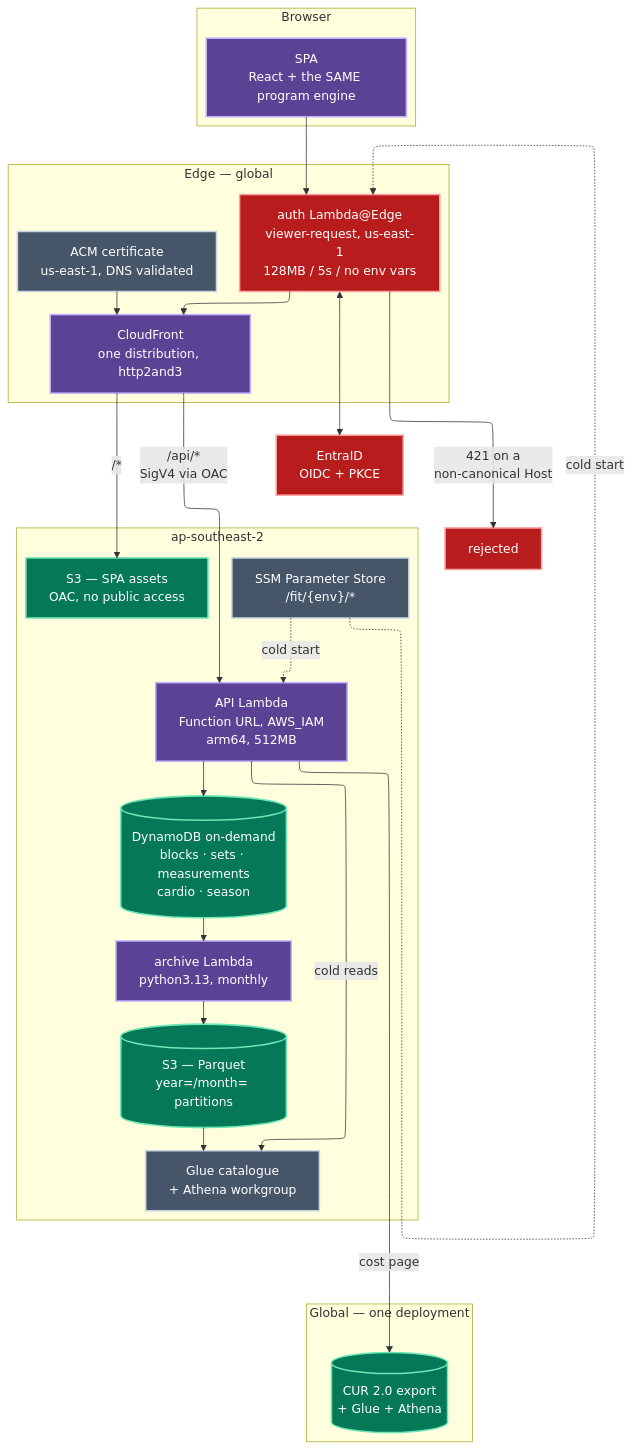
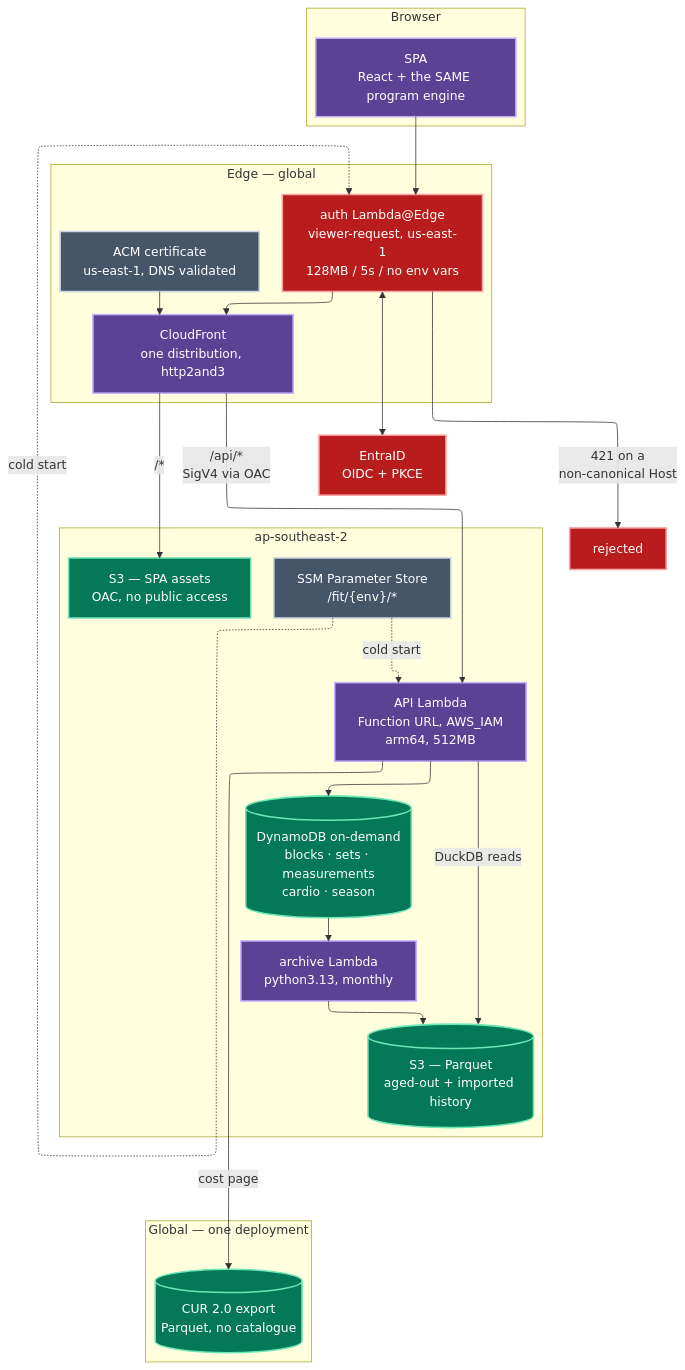
Before and after one commit to neozenith/fit: the first of 2 diagrams in ARCHITECTURE.md, drawn with Mermaid. The commit also changed other lines of this file and 1 other file, not shown here.

First line of the commit message:
Purge Glue and Athena from the architecture docs

````diff
--- a/ARCHITECTURE.md
+++ b/ARCHITECTURE.md
@@ -9,51 +9,50 @@
 ```mermaid
 ---
 config:
   layout: elk
 ---
 flowchart TB
     subgraph browser["Browser"]
         spa["SPA<br/>React + the SAME program engine"]:::compute
     end
 
     subgraph edge["Edge — global"]
         auth["auth Lambda@Edge<br/>viewer-request, us-east-1<br/>128MB / 5s / no env vars"]:::gate
         cf["CloudFront<br/>one distribution, http2and3"]:::compute
         cert["ACM certificate<br/>us-east-1, DNS validated"]:::infra
     end
 
     subgraph region["ap-southeast-2"]
         s3spa["S3 — SPA assets<br/>OAC, no public access"]:::data
         api["API Lambda<br/>Function URL, AWS_IAM<br/>arm64, 512MB"]:::compute
         ddb[("DynamoDB on-demand<br/>blocks · sets · measurements<br/>cardio · season")]:::data
         arch["archive Lambda<br/>python3.13, monthly"]:::compute
-        parquet[("S3 — Parquet<br/>year=/month= partitions")]:::data
-        glue["Glue catalogue<br/>+ Athena workgroup"]:::infra
+        parquet[("S3 — Parquet<br/>aged-out + imported history")]:::data
         ssm["SSM Parameter Store<br/>/fit/{env}/*"]:::infra
     end
 
     subgraph global["Global — one deployment"]
-        cur[("CUR 2.0 export<br/>+ Glue + Athena")]:::data
+        cur[("CUR 2.0 export<br/>Parquet, no catalogue")]:::data
     end
 
     idp["EntraID<br/>OIDC + PKCE"]:::gate
 
     spa --> auth
     auth <--> idp
     auth -- "421 on a<br/>non-canonical Host" --> reject["rejected"]:::gate
     auth --> cf
     cert --> cf
     cf -- "/*" --> s3spa
     cf -- "/api/*<br/>SigV4 via OAC" --> api
     api --> ddb
-    api -- "cold reads" --> glue
+    api -- "DuckDB reads" --> parquet
     api -- "cost page" --> cur
-    ddb --> arch --> parquet --> glue
+    ddb --> arch --> parquet
     ssm -. "cold start" .-> auth
     ssm -. "cold start" .-> api
 
     classDef compute fill:#5c4295,stroke:#c3b0fd,color:#fff,stroke-width:2px
     classDef data fill:#047857,stroke:#6ee7b7,color:#fff,stroke-width:2px
     classDef infra fill:#475569,stroke:#cbd5e1,color:#fff,stroke-width:2px
     classDef gate fill:#b91c1c,stroke:#fca5a5,color:#fff,stroke-width:2px
 ```
````
